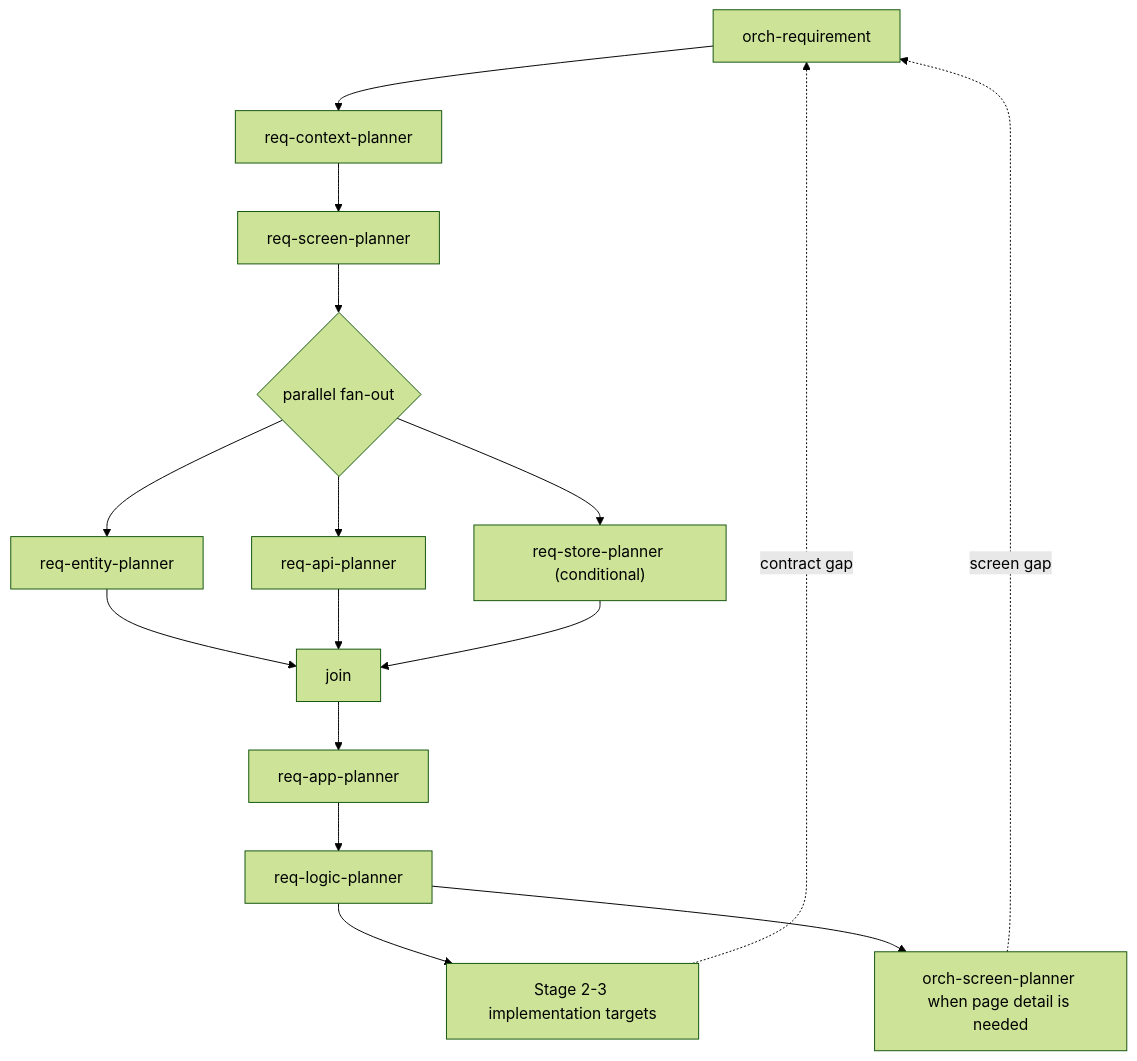
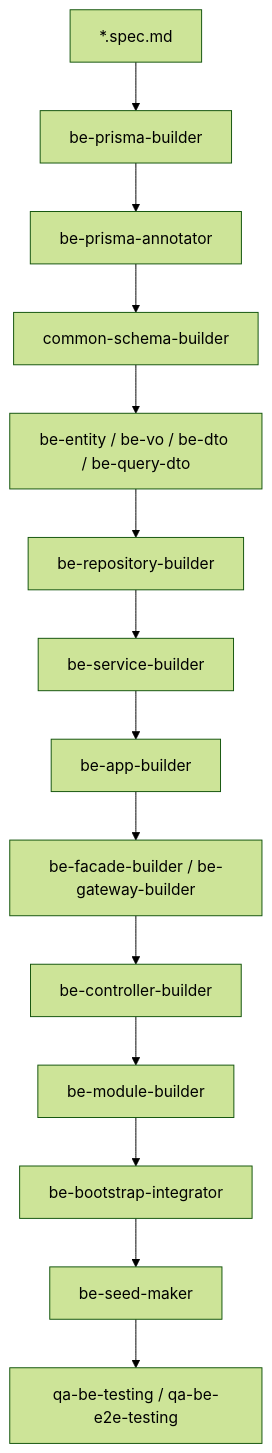
The third of 5 diagrams in docs/orchestration-agent-relationship-flow.md (kimjoongwon/prj-core), drawn with Mermaid (forest theme) before and after one commit. The commit also changed other lines of this file and 687 other files, not shown here.

````diff
--- a/docs/orchestration-agent-relationship-flow.md
+++ b/docs/orchestration-agent-relationship-flow.md
@@ -338,18 +149,16 @@
 ```mermaid
 flowchart TD
-  OR["orch-requirement"] --> C["req-context-planner"]
-  C --> S["req-screen-planner"]
-  S --> F{"parallel fan-out"}
-  F --> E["req-entity-planner"]
-  F --> A["req-api-planner"]
-  F --> ST["req-store-planner (conditional)"]
-  E --> J["join"]
-  A --> J
-  ST --> J
-  J --> APP["req-app-planner"]
-  APP --> L["req-logic-planner"]
-  L --> HANDOFF["Stage 2-3 implementation targets"]
-  L --> SCREEN["orch-screen-planner when page detail is needed"]
-  HANDOFF -. contract gap .-> OR
-  SCREEN -. screen gap .-> OR
+  Spec["*.spec.md"] --> P["be-prisma-builder"]
+  P --> PA["be-prisma-annotator"]
+  PA --> S["common-schema-builder"]
+  S --> M["be-entity / be-vo / be-dto / be-query-dto"]
+  M --> R["be-repository-builder"]
+  R --> SV["be-service-builder"]
+  SV --> APP["be-app-builder"]
+  APP --> F["be-facade-builder / be-gateway-builder"]
+  F --> C["be-controller-builder"]
+  C --> MOD["be-module-builder"]
+  MOD --> BOOT["be-bootstrap-integrator"]
+  BOOT --> SEED["be-seed-maker"]
+  SEED --> QA["qa-be-testing / qa-be-e2e-testing"]
 ```
````
